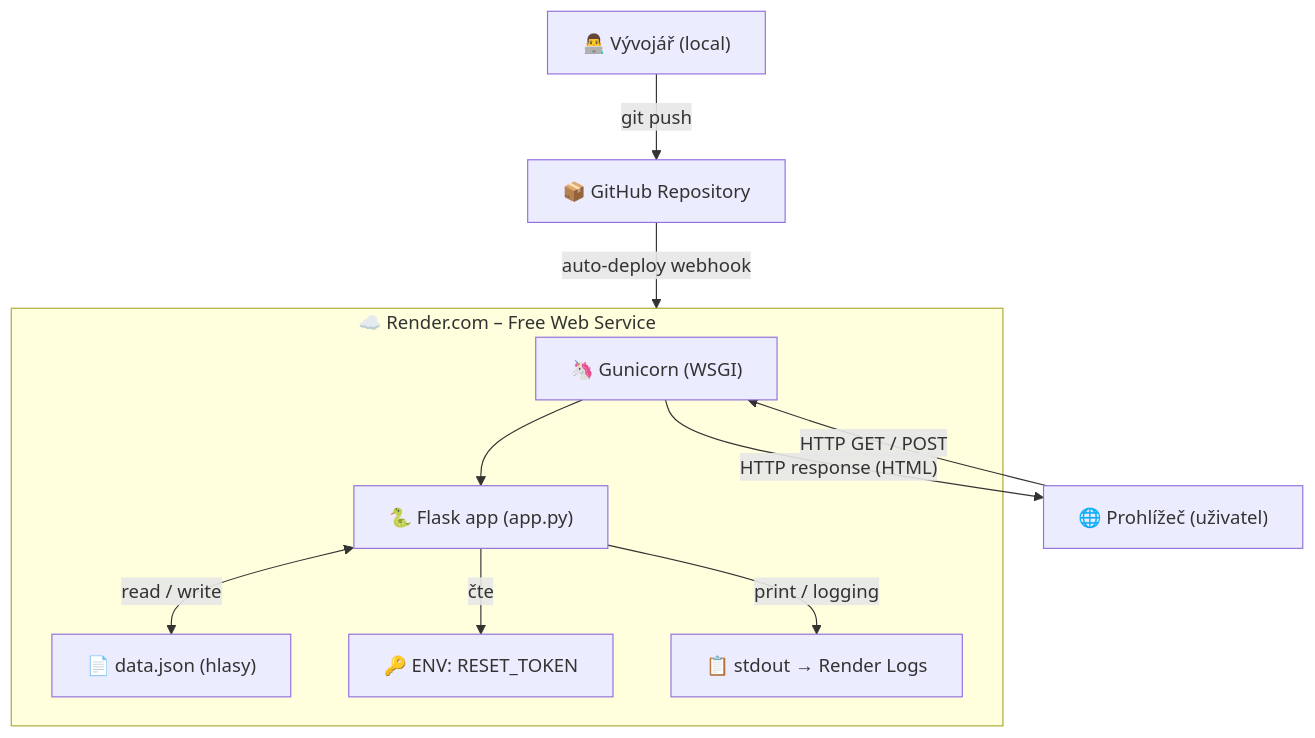
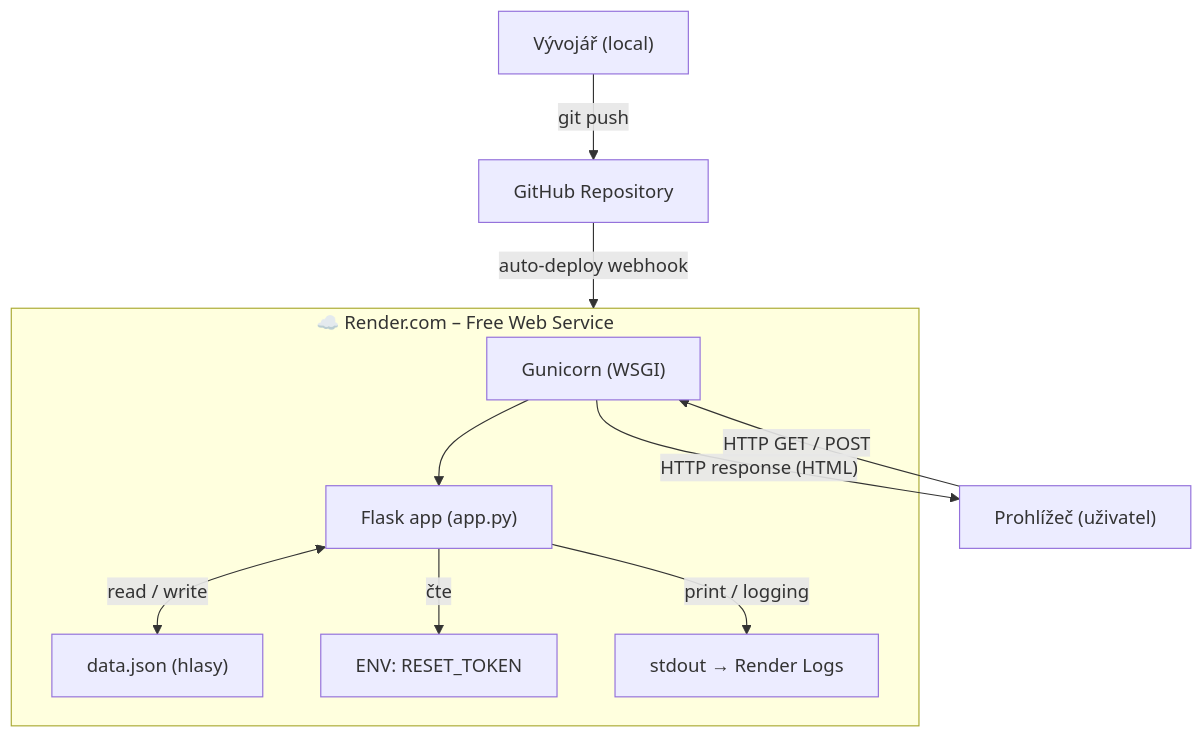
One commit to Se8o/Anketa changed the second of 3 diagrams in README.md. Above: the diagram before and after it, drawn with Mermaid. The commit also changed other lines of this file, not shown here.

Commit message:
readme update

````diff
--- a/README.md
+++ b/README.md
@@ -96,25 +96,25 @@
 ```mermaid
 graph TD
-    DEV["👨‍💻 Vývojář (local)"]
-    GH["📦 GitHub Repository"]
-    RENDER["☁️ Render.com – Free Web Service"]
+    DEV["Vývojář (local)"]
+    GH["GitHub Repository"]
+    RENDER["Render.com – Free Web Service"]
 
     subgraph RENDER["☁️ Render.com – Free Web Service"]
-        GUNICORN["🦄 Gunicorn (WSGI)"]
-        FLASK["🐍 Flask app (app.py)"]
-        DATA["📄 data.json (hlasy)"]
-        ENV["🔑 ENV: RESET_TOKEN"]
-        LOGS["📋 stdout → Render Logs"]
+        GUNICORN["Gunicorn (WSGI)"]
+        FLASK["Flask app (app.py)"]
+        DATA["data.json (hlasy)"]
+        ENV["ENV: RESET_TOKEN"]
+        LOGS["stdout → Render Logs"]
     end
 
-    BROWSER["🌐 Prohlížeč (uživatel)"]
+    BROWSER["Prohlížeč (uživatel)"]
 
     DEV -->|git push| GH
     GH -->|auto-deploy webhook| RENDER
     BROWSER -->|"HTTP GET / POST"| GUNICORN
     GUNICORN --> FLASK
     FLASK <-->|"read / write"| DATA
     FLASK -->|"čte"| ENV
     FLASK -->|"print / logging"| LOGS
     GUNICORN -->|"HTTP response (HTML)"| BROWSER
 ```
````
